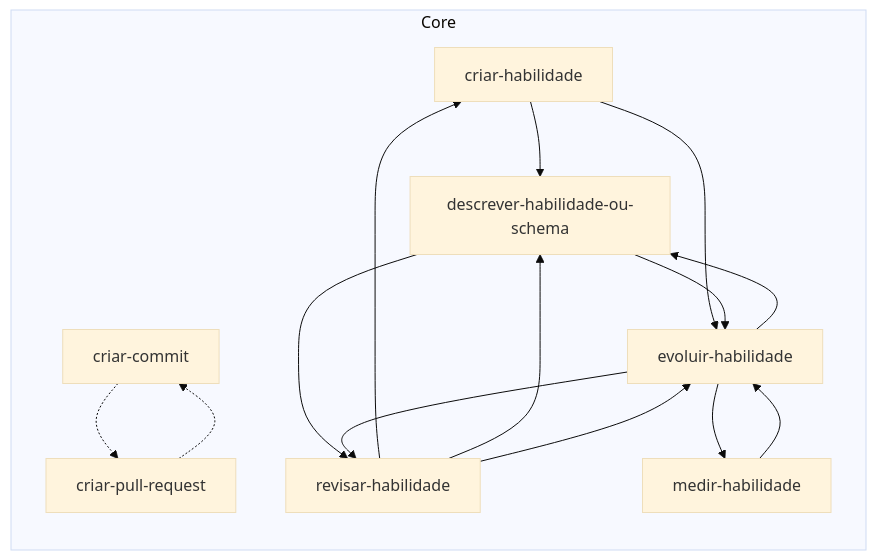
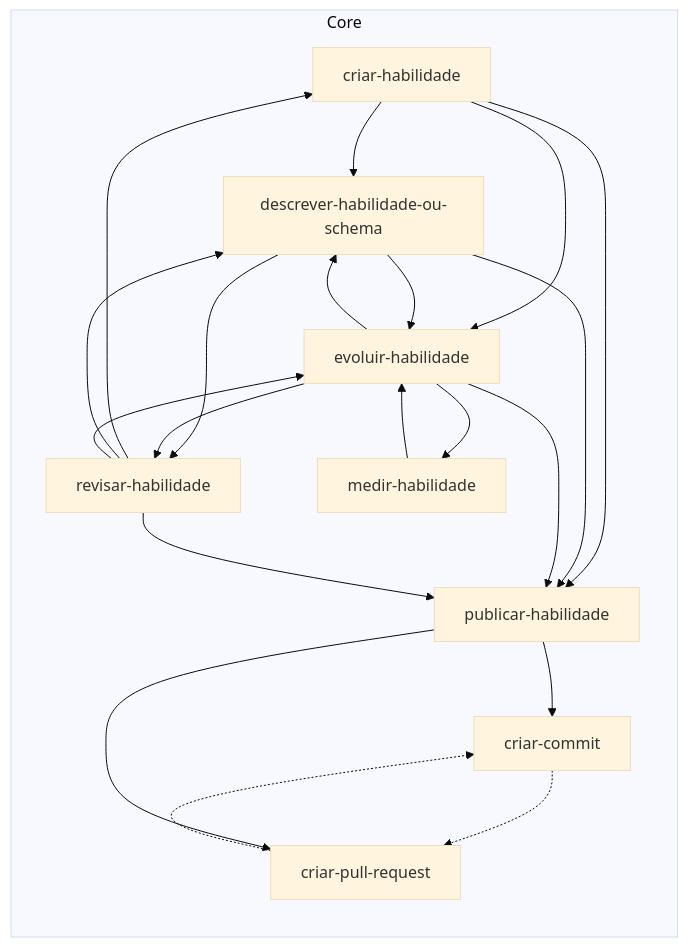
The diagram in .agents/skills/README.md (jimmyandrade/harness), drawn with Mermaid (base theme) before and after one commit. The commit also changed other lines of this file and 7 other files, not shown here.

First line of the commit message:
feat(publicar-habilidade)!: move the skill to the core (#24)

````diff
--- a/.agents/skills/README.md
+++ b/.agents/skills/README.md
@@ -13,25 +13,32 @@
 ```mermaid
 flowchart LR
   subgraph core["Core"]
     criar_commit["criar-commit"]
     criar_habilidade["criar-habilidade"]
     criar_pull_request["criar-pull-request"]
     descrever_habilidade_ou_schema["descrever-habilidade-ou-schema"]
     evoluir_habilidade["evoluir-habilidade"]
     medir_habilidade["medir-habilidade"]
+    publicar_habilidade["publicar-habilidade"]
     revisar_habilidade["revisar-habilidade"]
   end
   criar_commit -.-> criar_pull_request
   criar_habilidade --> descrever_habilidade_ou_schema
   criar_habilidade --> evoluir_habilidade
+  criar_habilidade --> publicar_habilidade
   criar_pull_request -.-> criar_commit
   descrever_habilidade_ou_schema --> evoluir_habilidade
+  descrever_habilidade_ou_schema --> publicar_habilidade
   descrever_habilidade_ou_schema --> revisar_habilidade
   evoluir_habilidade --> descrever_habilidade_ou_schema
   evoluir_habilidade --> medir_habilidade
+  evoluir_habilidade --> publicar_habilidade
   evoluir_habilidade --> revisar_habilidade
   medir_habilidade --> evoluir_habilidade
+  publicar_habilidade --> criar_commit
+  publicar_habilidade --> criar_pull_request
   revisar_habilidade --> criar_habilidade
   revisar_habilidade --> descrever_habilidade_ou_schema
   revisar_habilidade --> evoluir_habilidade
+  revisar_habilidade --> publicar_habilidade
 ```
````
